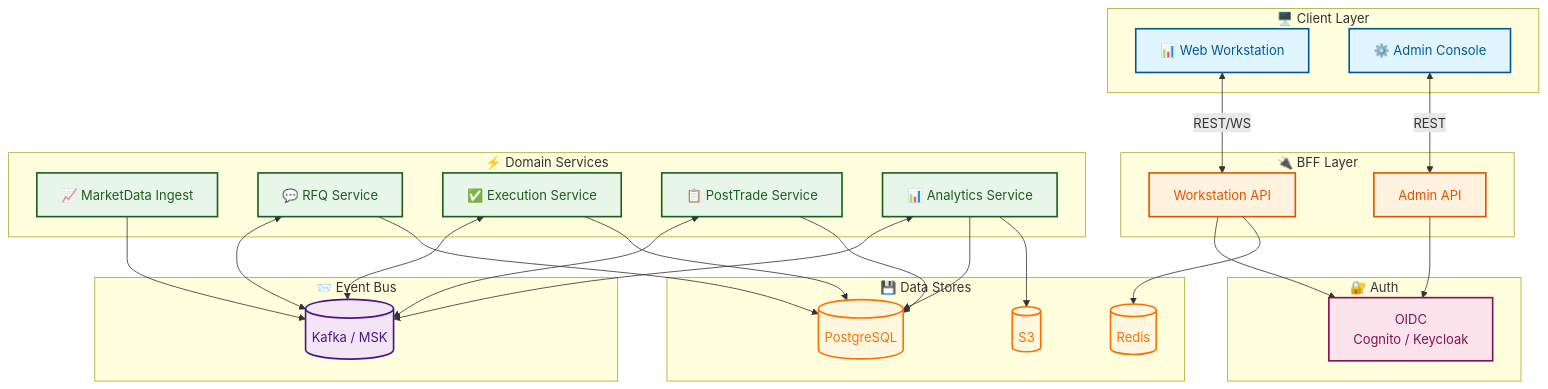
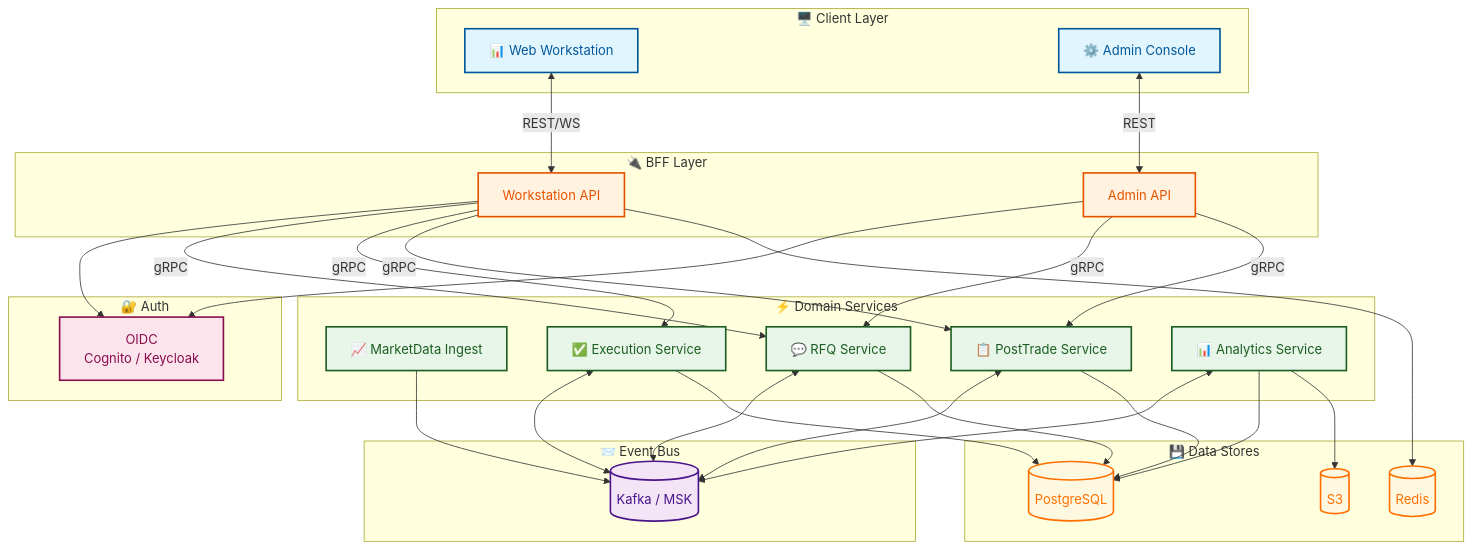
The diagram in README.md (oladejiayo/Orion), drawn with Mermaid before and after one commit. The commit also changed other lines of this file and 1 other file, not shown here.

First line of the commit message:
feat: introduce gRPC for internal service communication

````diff
--- a/README.md
+++ b/README.md
@@ -82,59 +92,61 @@
 ```mermaid
 flowchart TB
   subgraph clients[" 🖥️ Client Layer"]
     UI["📊 Web Workstation"]
     UI2["⚙️ Admin Console"]
   end
 
   subgraph bff[" 🔌 BFF Layer"]
     BFF["Workstation API"]
     BFF_ADMIN["Admin API"]
   end
 
   subgraph auth[" 🔐 Auth"]
     AUTH["OIDC\nCognito / Keycloak"]
   end
 
   subgraph services[" ⚡ Domain Services"]
     MDING["📈 MarketData Ingest"]
     RFQ["💬 RFQ Service"]
     EXEC["✅ Execution Service"]
     POST["📋 PostTrade Service"]
     ANA["📊 Analytics Service"]
   end
 
   subgraph messaging[" 📨 Event Bus"]
     BUS[("Kafka / MSK")]
   end
 
   subgraph data[" 💾 Data Stores"]
     PSQL[("PostgreSQL")]
     REDIS[("Redis")]
     S3[("S3")]
   end
 
   UI <-->|REST/WS| BFF
   UI2 <-->|REST| BFF_ADMIN
   BFF & BFF_ADMIN --> AUTH
+  BFF -->|gRPC| RFQ & EXEC & POST
+  BFF_ADMIN -->|gRPC| RFQ & POST
 
   MDING --> BUS
   RFQ & EXEC & POST & ANA <--> BUS
 
   RFQ & EXEC & POST & ANA --> PSQL
   BFF --> REDIS
   ANA --> S3
 
   classDef clientStyle fill:#e1f5fe,stroke:#01579b,stroke-width:2px,color:#01579b
   classDef bffStyle fill:#fff3e0,stroke:#e65100,stroke-width:2px,color:#e65100
   classDef authStyle fill:#fce4ec,stroke:#880e4f,stroke-width:2px,color:#880e4f
   classDef serviceStyle fill:#e8f5e9,stroke:#1b5e20,stroke-width:2px,color:#1b5e20
   classDef busStyle fill:#f3e5f5,stroke:#4a148c,stroke-width:2px,color:#4a148c
   classDef dataStyle fill:#fff8e1,stroke:#ff6f00,stroke-width:2px,color:#ff6f00
 
   class UI,UI2 clientStyle
   class BFF,BFF_ADMIN bffStyle
   class AUTH authStyle
   class MDING,RFQ,EXEC,POST,ANA serviceStyle
   class BUS busStyle
   class PSQL,REDIS,S3 dataStyle
 ```
````
